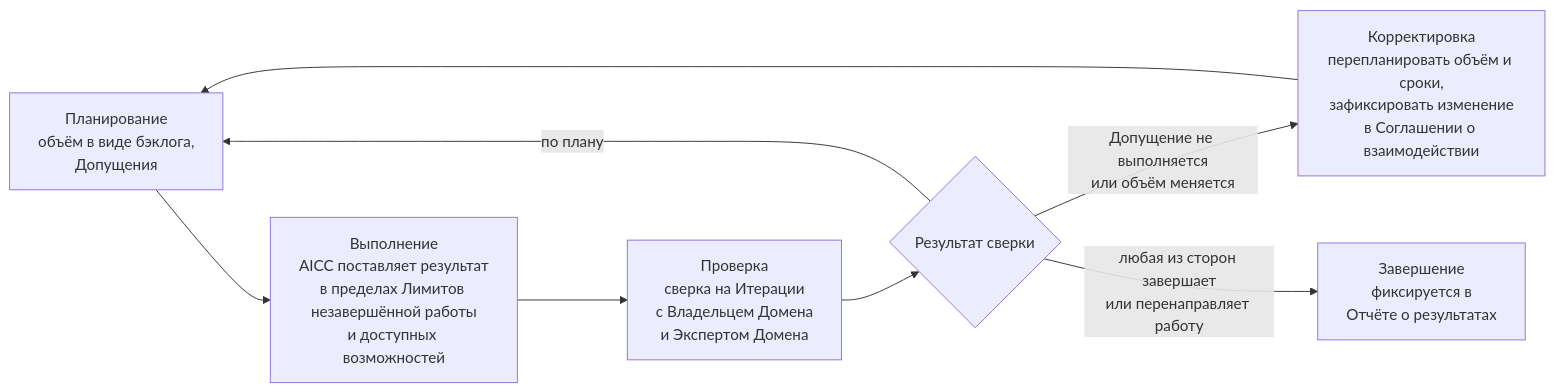
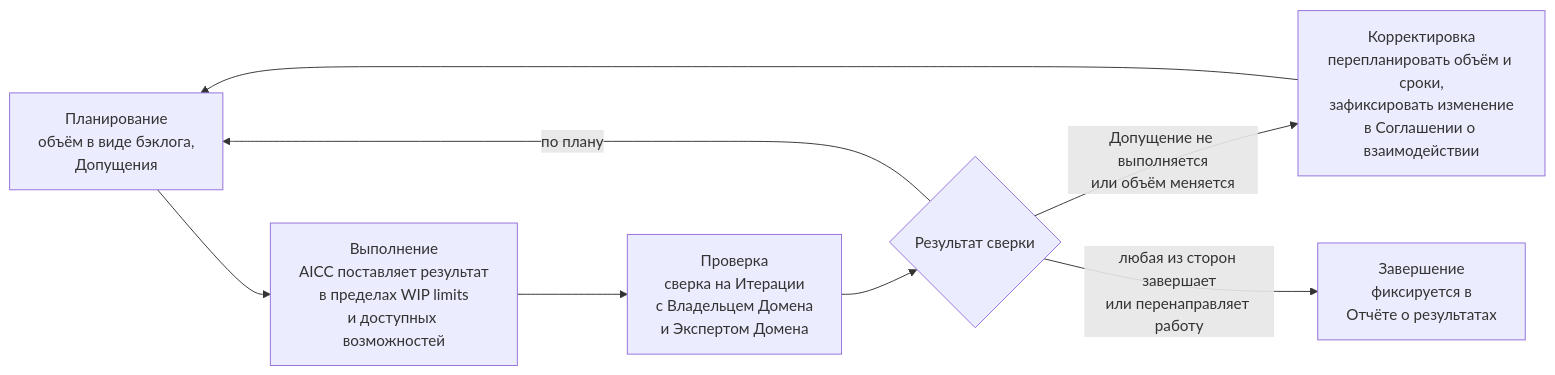
Before and after one commit to devhogu/ob-aicc: the third of 4 diagrams in charter/ru/guides/engagement-guide.md, drawn with Mermaid. The commit also changed other lines of this file and 768 other files, not shown here.

````diff
--- a/charter/ru/guides/engagement-guide.md
+++ b/charter/ru/guides/engagement-guide.md
@@ -88,10 +88,10 @@
 ```mermaid
 flowchart LR
-  PL["Планирование<br/>объём в виде бэклога,<br/>Допущения"] --> DO["Выполнение<br/>AICC поставляет результат<br/>в пределах Лимитов незавершённой работы<br/>и доступных возможностей"]
+  PL["Планирование<br/>объём в виде бэклога,<br/>Допущения"] --> DO["Выполнение<br/>AICC поставляет результат<br/>в пределах WIP limits<br/>и доступных возможностей"]
   DO --> CH["Проверка<br/>сверка на Итерации<br/>с Владельцем Домена<br/>и Экспертом Домена"]
   CH --> DEC{"Результат сверки"}
   DEC -->|"по плану"| PL
   DEC -->|"Допущение не выполняется<br/>или объём меняется"| AM["Корректировка<br/>перепланировать объём и сроки,<br/>зафиксировать изменение<br/>в Соглашении о взаимодействии"]
   AM --> PL
   DEC -->|"любая из сторон завершает<br/>или перенаправляет работу"| EN["Завершение<br/>фиксируется в<br/>Отчёте о результатах"]
 ```
````
